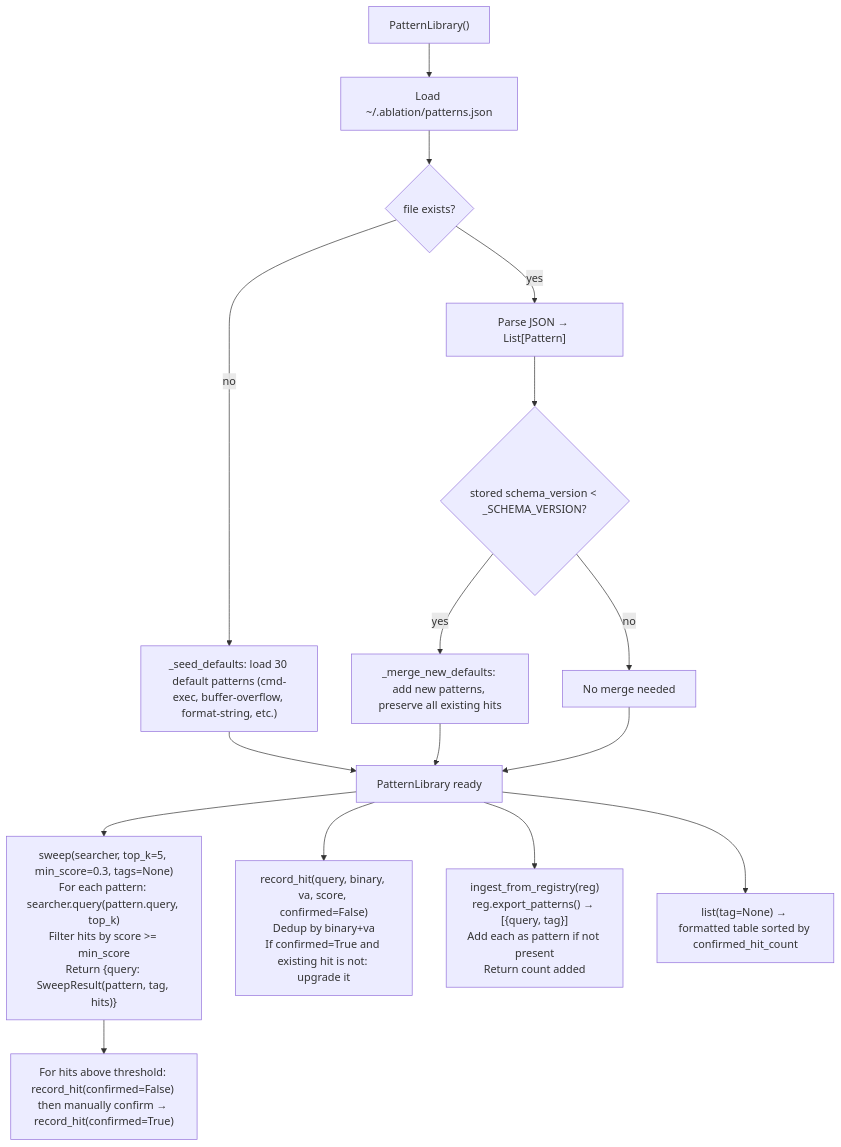
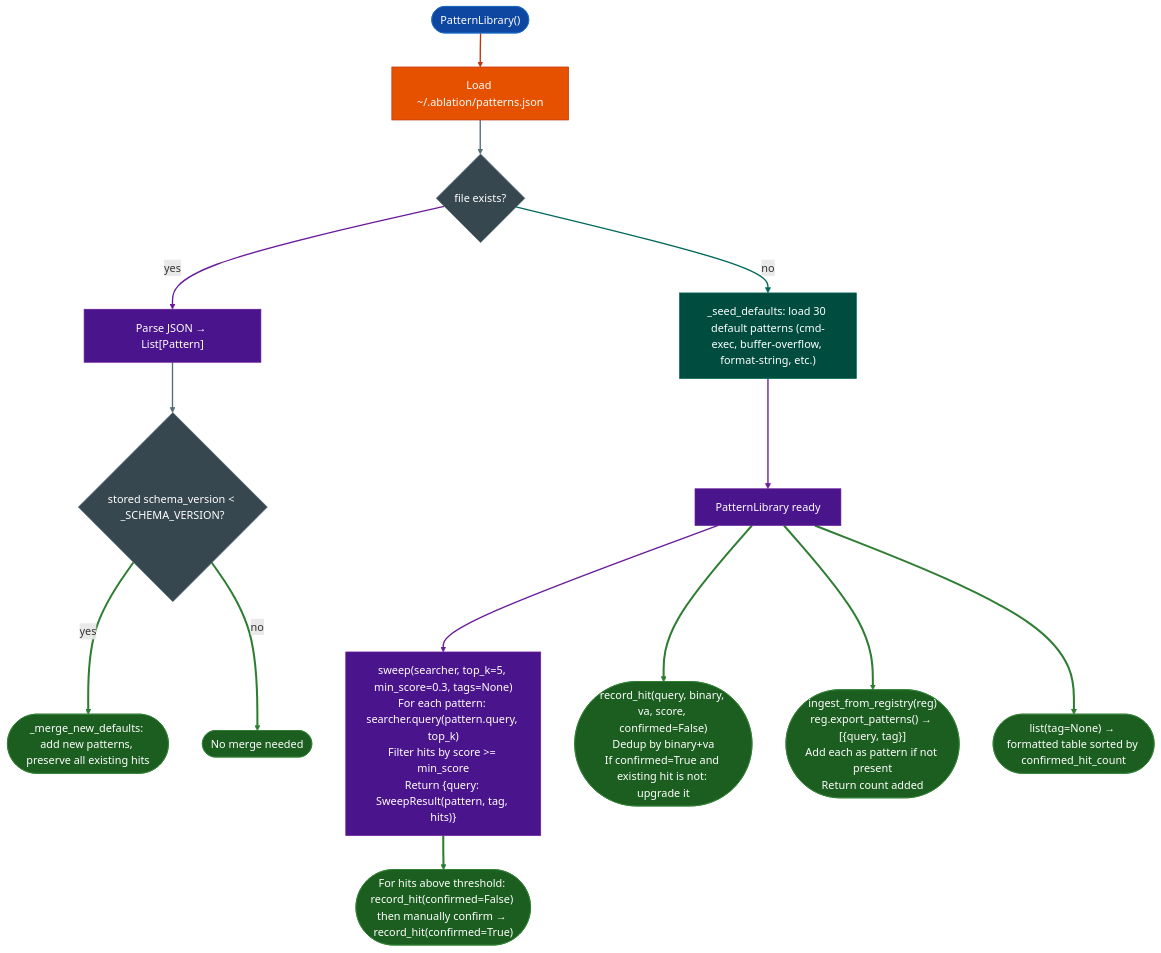
Before and after one commit to Ablation-Tool/ablation: the diagram in docs/reference-modules/pattern-library.md, drawn with Mermaid. The commit also changed 320 other files, not shown here.

First line of the commit message:
docs: apply canonical Mermaid template to all 321 diagrams

````diff
--- a/docs/reference-modules/pattern-library.md
+++ b/docs/reference-modules/pattern-library.md
@@ -19,16 +19,35 @@
 ```mermaid
 flowchart TD
-    A["PatternLibrary()"] --> B["Load ~/.ablation/patterns.json"]
-    B --> C{file exists?}
-    C -->|no| D["_seed_defaults: load 30 default patterns (cmd-exec, buffer-overflow, format-string, etc.)"]
-    C -->|yes| E["Parse JSON → List[Pattern]"]
-    E --> F{stored schema_version < _SCHEMA_VERSION?}
-    F -->|yes| G["_merge_new_defaults: add new patterns, preserve all existing hits"]
-    F -->|no| H[No merge needed]
-    D & G & H --> I[PatternLibrary ready]
-    I --> J["sweep(searcher, top_k=5, min_score=0.3, tags=None)\nFor each pattern: searcher.query(pattern.query, top_k)\nFilter hits by score >= min_score\nReturn {query: SweepResult(pattern, tag, hits)}"]
-    I --> K["record_hit(query, binary, va, score, confirmed=False)\nDedup by binary+va\nIf confirmed=True and existing hit is not: upgrade it"]
-    I --> L["ingest_from_registry(reg)\nreg.export_patterns() → [{query, tag}]\nAdd each as pattern if not present\nReturn count added"]
-    I --> M["list(tag=None) → formatted table sorted by confirmed_hit_count"]
-    J --> N["For hits above threshold: record_hit(confirmed=False) then manually confirm → record_hit(confirmed=True)"]
+    A(["PatternLibrary()"]):::input --> B["Load ~/.ablation/patterns.json"]:::primary
+    B:::primary --> C{"file exists?"}:::neutral
+    C:::neutral -->|no| D["_seed_defaults: load 30 default patterns (cmd-exec, buffer-overflow, format-string, etc.)"]:::secondary
+    C:::neutral -->|yes| E["Parse JSON → List[Pattern]"]:::tertiary
+    E:::tertiary --> F{"stored schema_version < _SCHEMA_VERSION?"}:::neutral
+    F:::neutral -->|yes| G(["_merge_new_defaults: add new patterns, preserve all existing hits"]):::output
+    F:::neutral -->|no| H(["No merge needed"]):::output
+    D:::secondary --> I["PatternLibrary ready"]:::tertiary
+    I:::tertiary --> J["sweep(searcher, top_k=5, min_score=0.3, tags=None)\nFor each pattern: searcher.query(pattern.query, top_k)\nFilter hits by score >= min_score\nReturn {query: SweepResult(pattern, tag, hits)}"]:::tertiary
+    I:::tertiary --> K(["record_hit(query, binary, va, score, confirmed=False)\nDedup by binary+va\nIf confirmed=True and existing hit is not: upgrade it"]):::output
+    I:::tertiary --> L(["ingest_from_registry(reg)\nreg.export_patterns() → [{query, tag}]\nAdd each as pattern if not present\nReturn count added"]):::output
+    I:::tertiary --> M(["list(tag=None) → formatted table sorted by confirmed_hit_count"]):::output
+    J:::tertiary --> N(["For hits above threshold: record_hit(confirmed=False) then manually confirm → record_hit(confirmed=True)"]):::output
+    classDef input     fill:#0d47a1,stroke:#1565c0,color:#fff
+    classDef primary   fill:#e65100,stroke:#bf360c,color:#fff
+    classDef secondary fill:#004d40,stroke:#00695c,color:#fff
+    classDef tertiary  fill:#4a148c,stroke:#6a1b9a,color:#fff
+    classDef neutral   fill:#37474f,stroke:#546e7a,color:#fff
+    classDef output    fill:#1b5e20,stroke:#2e7d32,color:#fff
+    linkStyle 0 stroke:#bf360c,stroke-width:2px
+    linkStyle 1 stroke:#546e7a,stroke-width:2px
+    linkStyle 2 stroke:#00695c,stroke-width:2px
+    linkStyle 3 stroke:#6a1b9a,stroke-width:2px
+    linkStyle 4 stroke:#546e7a,stroke-width:2px
+    linkStyle 5 stroke:#2e7d32,stroke-width:3px
+    linkStyle 6 stroke:#2e7d32,stroke-width:3px
+    linkStyle 7 stroke:#6a1b9a,stroke-width:2px
+    linkStyle 8 stroke:#6a1b9a,stroke-width:2px
+    linkStyle 9 stroke:#2e7d32,stroke-width:3px
+    linkStyle 10 stroke:#2e7d32,stroke-width:3px
+    linkStyle 11 stroke:#2e7d32,stroke-width:3px
+    linkStyle 12 stroke:#2e7d32,stroke-width:3px
 ```
````
